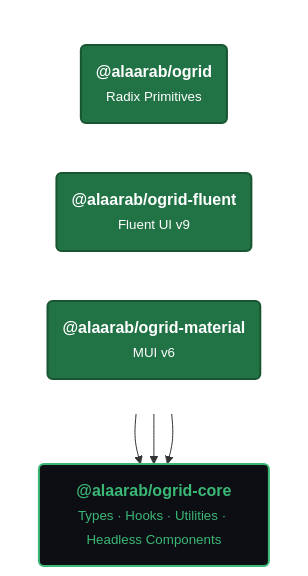
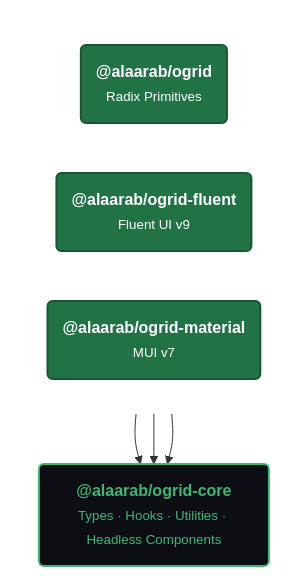
One commit to alaarab/ogrid changed the diagram in packages/docs/docs/getting-started/overview.mdx. Above: the diagram before and after it, drawn with Mermaid. The commit also changed other lines of this file and 23 other files, not shown here.

````diff
--- a/packages/docs/docs/getting-started/overview.mdx
+++ b/packages/docs/docs/getting-started/overview.mdx
@@ -25,21 +25,21 @@
 ```mermaid
 flowchart TD
   subgraph ui [" "]
     direction LR
     radix("<b>@alaarab/ogrid</b><br/><small>Radix Primitives</small>")
     fluent("<b>@alaarab/ogrid-fluent</b><br/><small>Fluent UI v9</small>")
-    material("<b>@alaarab/ogrid-material</b><br/><small>MUI v6</small>")
+    material("<b>@alaarab/ogrid-material</b><br/><small>MUI v7</small>")
   end
 
   radix --> core
   fluent --> core
   material --> core
 
   core("<b>@alaarab/ogrid-core</b><br/><small>Types · Hooks · Utilities · Headless Components</small>")
 
   style radix fill:#217346,color:#fff,stroke:#185530,stroke-width:2px
   style fluent fill:#217346,color:#fff,stroke:#185530,stroke-width:2px
   style material fill:#217346,color:#fff,stroke:#185530,stroke-width:2px
   style core fill:#0d0d14,color:#3ab876,stroke:#3ab876,stroke-width:2px
   style ui fill:none,stroke:none
 ```
````
